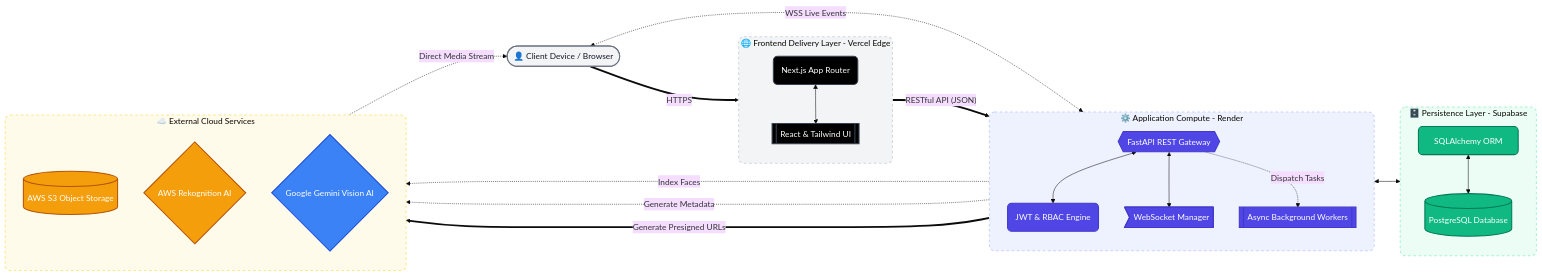
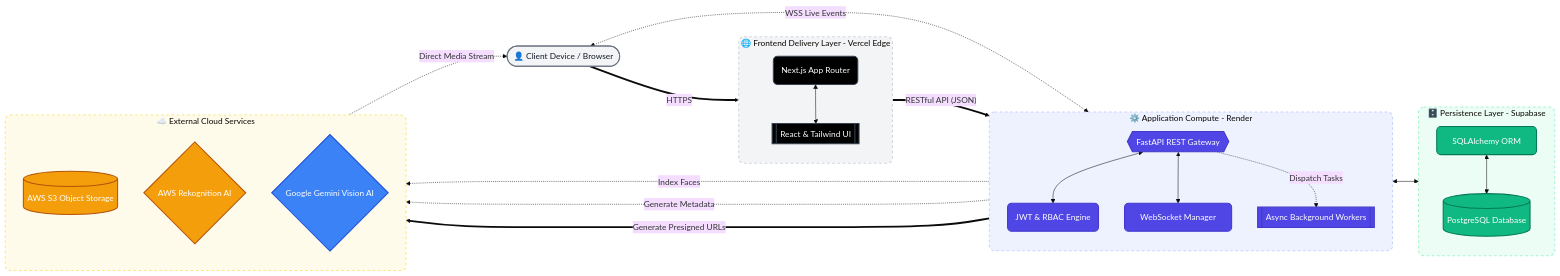
One commit to divyansh070/cig_project_dev changed the diagram in architecture.md. Above: the diagram before and after it, drawn with Mermaid (base theme).

Commit message:
docs: Ensure maximum GitHub compatibility for Mermaid rendering

````diff
--- a/architecture.md
+++ b/architecture.md
@@ -7,78 +7,78 @@
 ```mermaid
 graph LR
     %% Actors
     Client([👤 Client Device / Browser])
 
     %% Frontend Subsystem
     subgraph Frontend [🌐 Frontend Delivery Layer - Vercel Edge]
         direction TB
         NextApp(Next.js App Router)
         ReactUI[[React & Tailwind UI]]
         NextApp <--> ReactUI
     end
 
     %% Backend Subsystem
     subgraph Backend [⚙️ Application Compute - Render]
         direction TB
         API{{FastAPI REST Gateway}}
         Auth(JWT & RBAC Engine)
-        WSS>WebSocket Manager]
+        WSS[WebSocket Manager]
         Workers[[Async Background Workers]]
         
         API <--> Auth
         API <--> WSS
         API -. "Dispatch Tasks" .-> Workers
     end
 
     %% Database Subsystem
     subgraph Data [🗄️ Persistence Layer - Supabase]
         direction TB
         Supabase[(PostgreSQL Database)]
         ORM[SQLAlchemy ORM]
         ORM <--> Supabase
     end
 
     %% Cloud Services
     subgraph Cloud [☁️ External Cloud Services]
         direction TB
         S3[(AWS S3 Object Storage)]
         Rekognition{AWS Rekognition AI}
         Gemini{Google Gemini Vision AI}
     end
 
     %% Data Flow & Interactions
     Client == "HTTPS" ==> NextApp
     Client <-. "WSS Live Events" .-> WSS
     NextApp == "RESTful API (JSON)" ==> API
     
     API <--> ORM
     
     Workers -. "Index Faces" .-> Rekognition
     Workers -. "Generate Metadata" .-> Gemini
     
     API == "Generate Presigned URLs" ==> S3
     S3 -. "Direct Media Stream" .-> Client
 
     %% Custom Brand Styling
     classDef default fill:#f9fafb,stroke:#d1d5db,stroke-width:1px,color:#1f2937,rx:5px,ry:5px;
     classDef actor fill:#f3f4f6,stroke:#6b7280,stroke-width:2px,color:#111827;
     classDef vercel fill:#000000,stroke:#374151,stroke-width:2px,color:#ffffff,rx:8px,ry:8px;
     classDef render fill:#4f46e5,stroke:#4338ca,stroke-width:2px,color:#ffffff,rx:8px,ry:8px;
     classDef supabase fill:#10b981,stroke:#047857,stroke-width:2px,color:#ffffff,rx:8px,ry:8px;
     classDef aws fill:#f59e0b,stroke:#b45309,stroke-width:2px,color:#ffffff,rx:8px,ry:8px;
     classDef google fill:#3b82f6,stroke:#1d4ed8,stroke-width:2px,color:#ffffff,rx:8px,ry:8px;
     
     %% Assign Classes
     class Client actor;
     class NextApp,ReactUI vercel;
     class API,Auth,WSS,Workers render;
     class Supabase,ORM supabase;
     class S3,Rekognition aws;
     class Gemini google;
     
     %% Subgraph Styling
     style Frontend fill:#f3f4f6,stroke:#d1d5db,stroke-width:2px,stroke-dasharray: 5 5,rx:10px,ry:10px;
     style Backend fill:#eef2ff,stroke:#c7d2fe,stroke-width:2px,stroke-dasharray: 5 5,rx:10px,ry:10px;
     style Data fill:#ecfdf5,stroke:#a7f3d0,stroke-width:2px,stroke-dasharray: 5 5,rx:10px,ry:10px;
     style Cloud fill:#fffbeb,stroke:#fde68a,stroke-width:2px,stroke-dasharray: 5 5,rx:10px,ry:10px;
 ```
````
